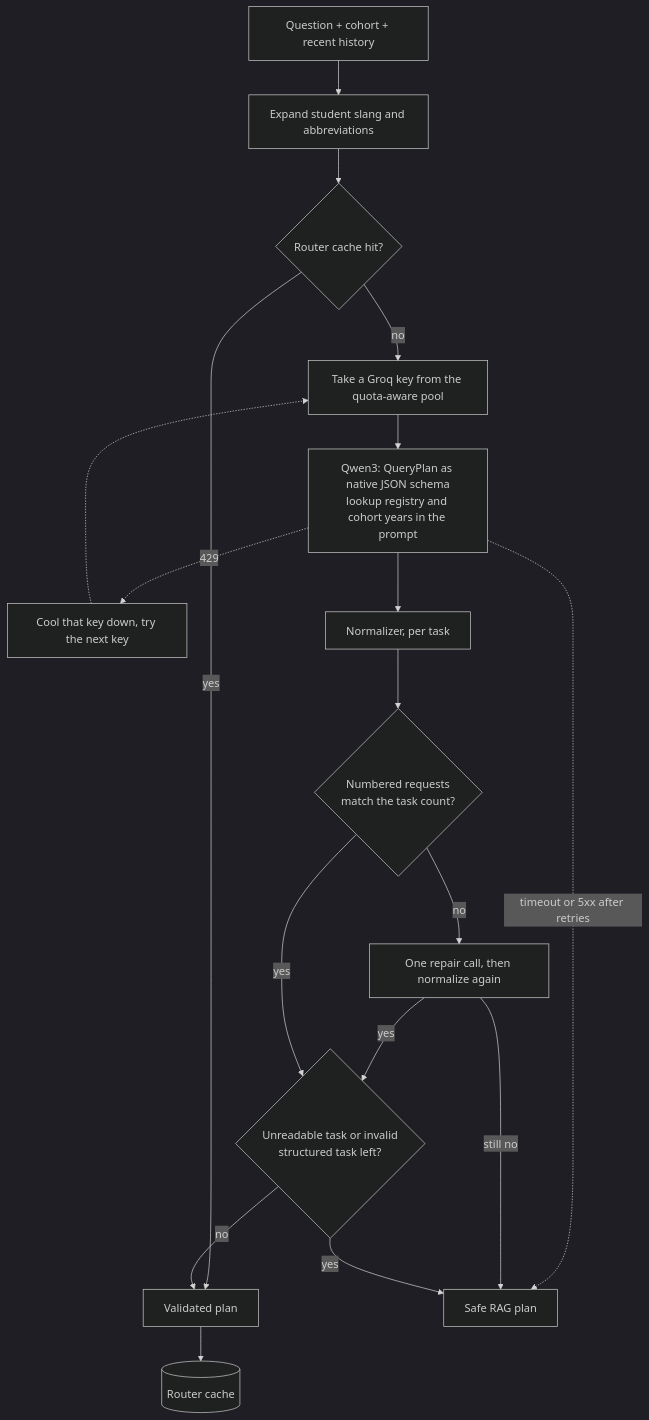
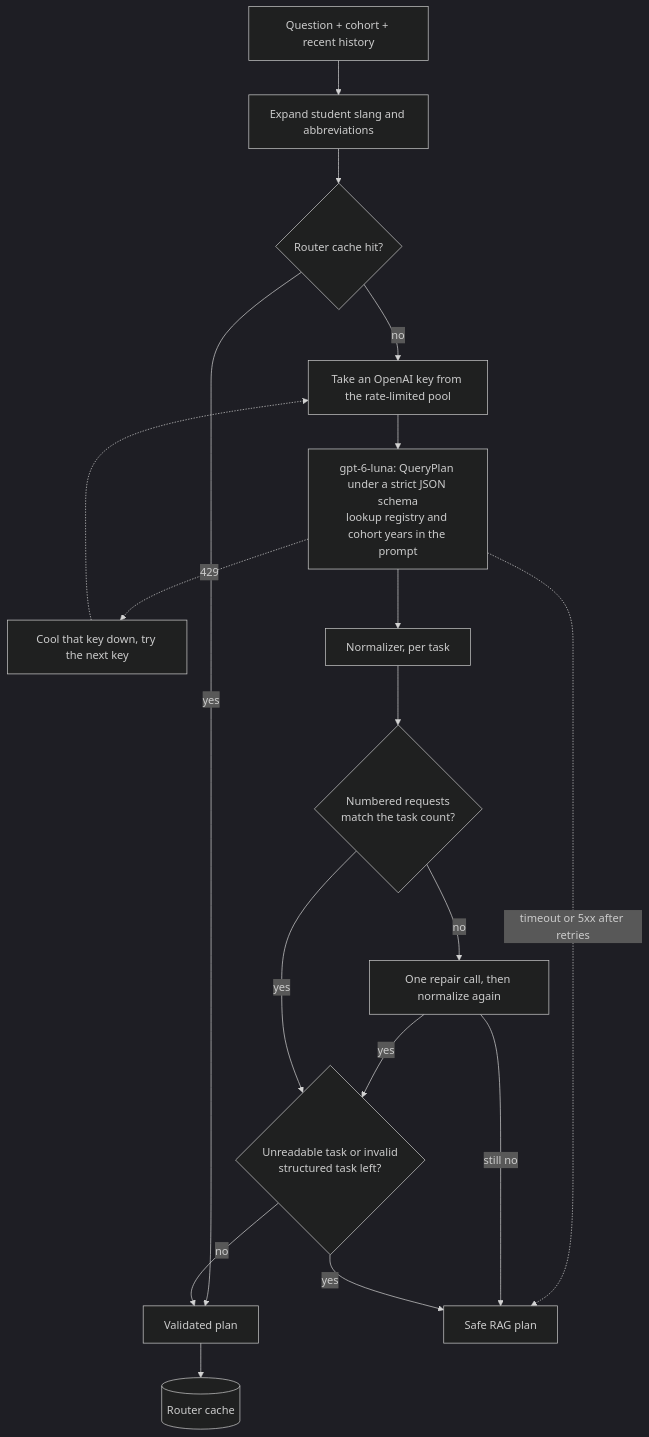
The second of 7 diagrams in README.md (AnhPhiNe/student-handbook-rag-chatbot), drawn with Mermaid (dark theme) before and after one commit. The commit also changed other lines of this file and 24 other files, not shown here.

````diff
--- a/README.md
+++ b/README.md
@@ -168,20 +168,20 @@
 ```mermaid
 flowchart TD
     Q["Question + cohort + recent history"] --> Slang["Expand student slang and abbreviations"]
     Slang --> Hit{"Router cache hit?"}
     Hit -->|yes| Done["Validated plan"]
-    Hit -->|no| Key["Take a Groq key from the quota-aware pool"]
-    Key --> LLM["Qwen3: QueryPlan as native JSON schema<br/>lookup registry and cohort years in the prompt"]
+    Hit -->|no| Key["Take an OpenAI key from the rate-limited pool"]
+    Key --> LLM["gpt-6-luna: QueryPlan under a strict JSON schema<br/>lookup registry and cohort years in the prompt"]
     LLM -.->|429| Next["Cool that key down, try the next key"]
     Next -.-> Key
     LLM -.->|timeout or 5xx after retries| Safe["Safe RAG plan"]
     LLM --> Norm["Normalizer, per task"]
     Norm --> Count{"Numbered requests<br/>match the task count?"}
     Count -->|no| Repair["One repair call, then normalize again"]
     Repair -->|still no| Safe
     Repair -->|yes| Fatal
     Count -->|yes| Fatal{"Unreadable task or invalid<br/>structured task left?"}
     Fatal -->|yes| Safe
     Fatal -->|no| Done
     Done --> Cache[("Router cache")]
 ```
````
